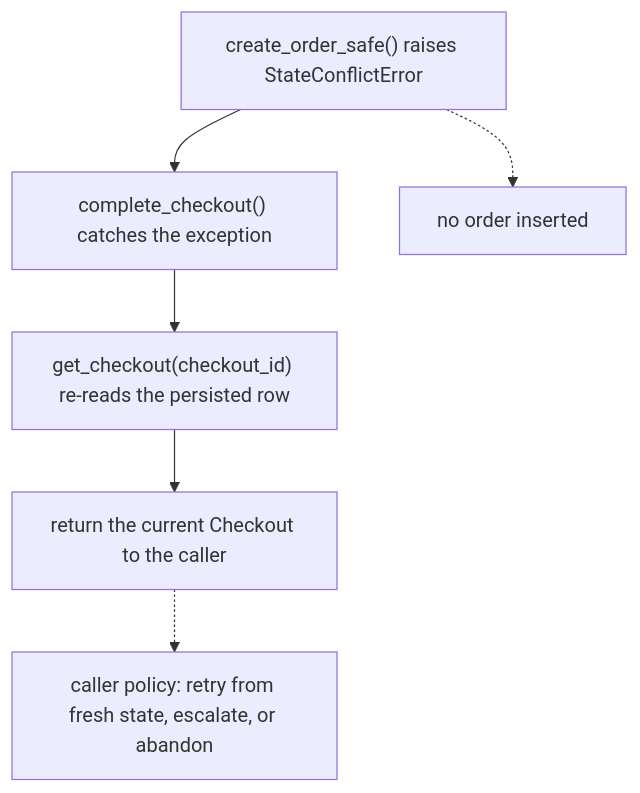
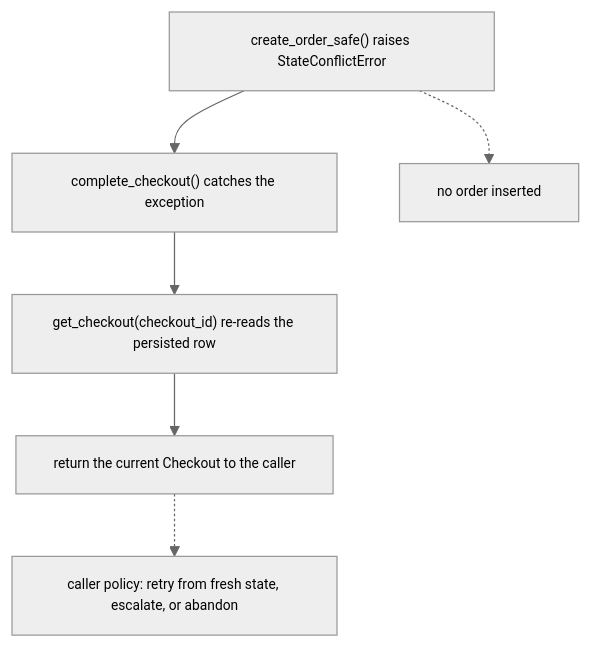
One commit to the-write-path-code/ch11-13-ucp-a2a-payment-integrity changed diagram 13 of 13 in docs/architecture/system_design.md. Above: the diagram before and after it, drawn with Mermaid.

Commit message:
Update system design documentation with mermaid diagrams

````diff
--- a/docs/architecture/system_design.md
+++ b/docs/architecture/system_design.md
@@ -417,9 +416,9 @@
 ```mermaid
-
+%%{init: {"theme": "neutral", "themeVariables": {"fontFamily": "Arial, Helvetica, sans-serif", "fontSize": "11px", "actorFontSize": "11px", "noteFontSize": "10px", "messageFontSize": "10px"}}}%%
 flowchart TD
     A["create_order_safe() raises StateConflictError"] --> B["complete_checkout() catches the exception"]
     B --> C["get_checkout(checkout_id) re-reads the persisted row"]
     C --> D["return the current Checkout to the caller"]
     A -.-> E["no order inserted"]
     D -.-> F["caller policy: retry from fresh state, escalate, or abandon"]
 ```
````
